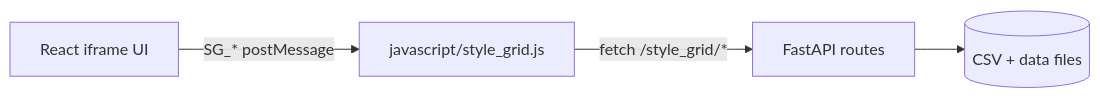
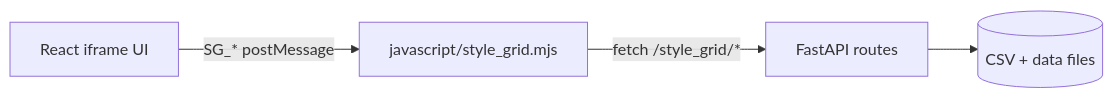
One commit to KazeKaze93/sd-webui-style-organizer changed the diagram in docs/API.md. Above: the diagram before and after it, drawn with Mermaid. The commit also changed other lines of this file and 10 other files, not shown here.

First line of the commit message:
Split style_grid.js into host ES modules.

````diff
--- a/docs/API.md
+++ b/docs/API.md
@@ -13,6 +13,6 @@
 ```mermaid
 flowchart LR
-  UI[React iframe UI] -->|SG_* postMessage| HOST[javascript/style_grid.js]
+  UI[React iframe UI] -->|SG_* postMessage| HOST[javascript/style_grid.mjs]
   HOST -->|fetch /style_grid/*| API[FastAPI routes]
   API --> DATA[(CSV + data files)]
 ```
````
